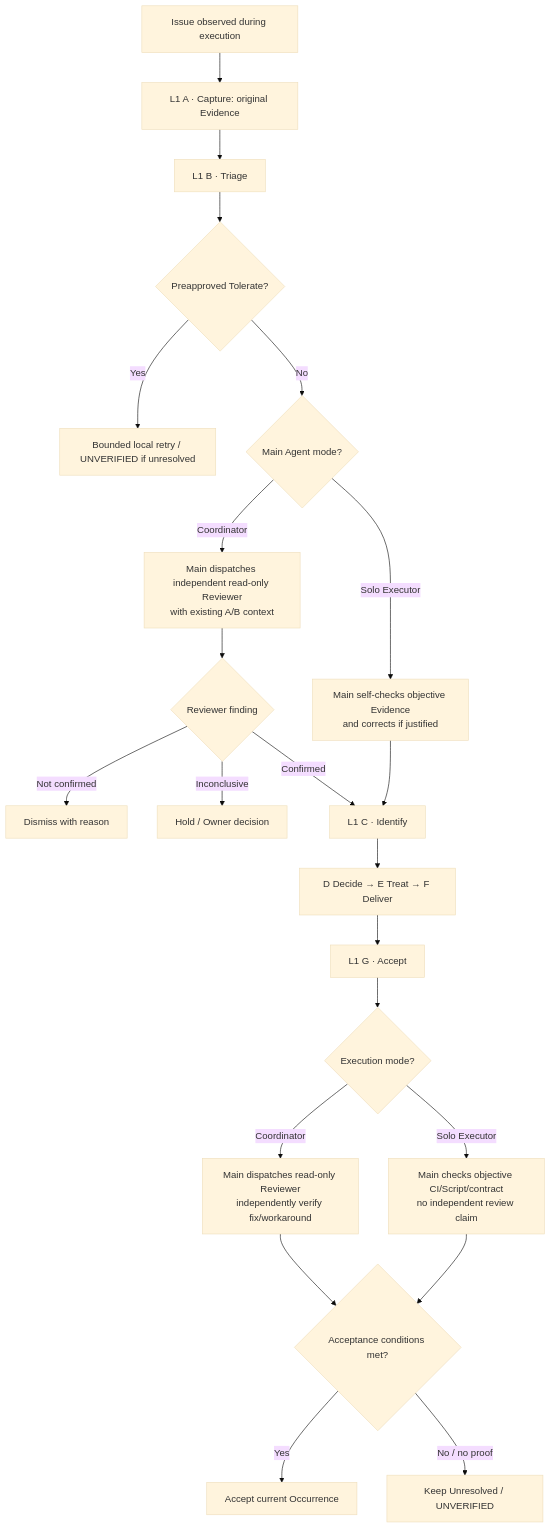
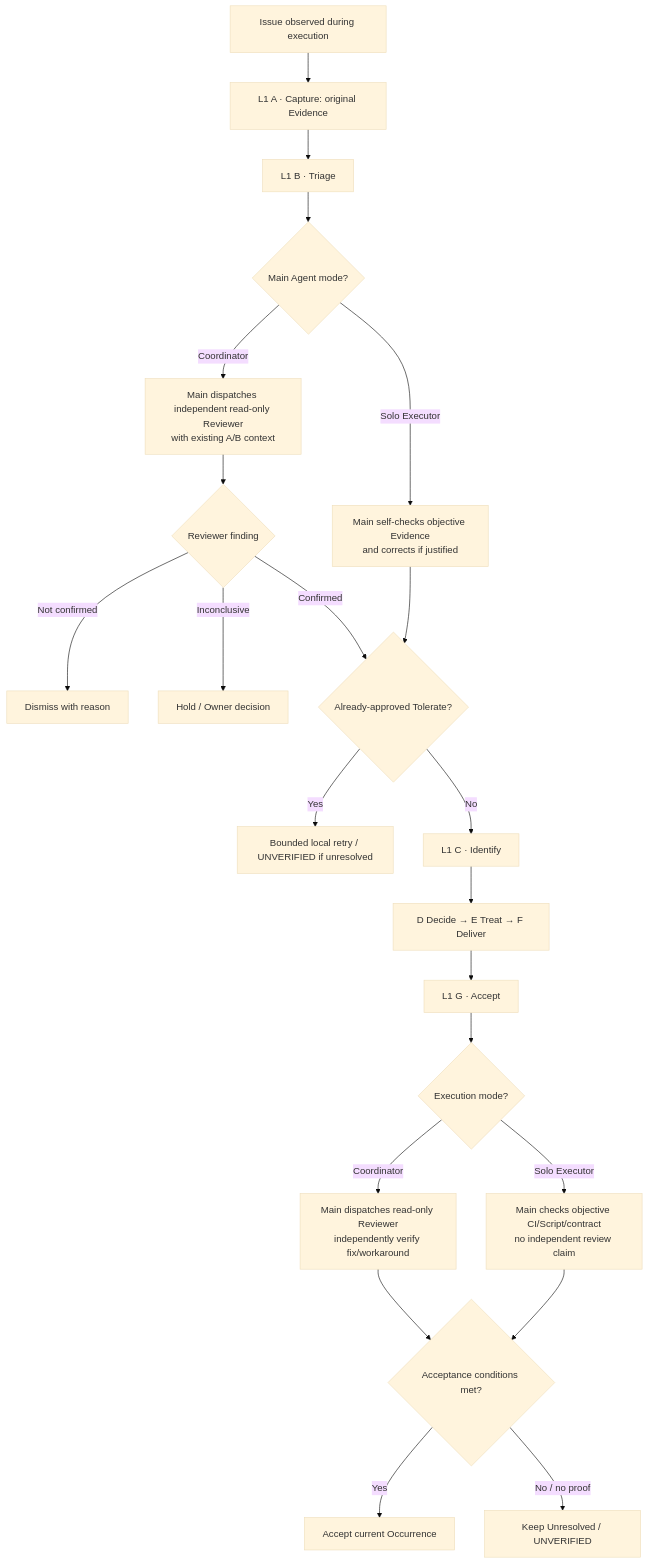
Before and after one commit to dyphn1/Harness-everything: the first of 4 diagrams in docs/discussions/error-handling/README.md, drawn with Mermaid (base theme). The commit also changed other lines of this file, not shown here.

Commit message:
docs(error-handling): require reviewer first in coordinator mode, retain approved Tolerate path (#437)

````diff
--- a/docs/discussions/error-handling/README.md
+++ b/docs/discussions/error-handling/README.md
@@ -58,24 +58,24 @@
 ```mermaid
 flowchart TD
   OBS["Issue observed during execution"] --> A["L1 A · Capture: original Evidence"]
   A --> B["L1 B · Triage"]
-  B --> APPROVED{"Preapproved Tolerate?"}
-  APPROVED -->|Yes| FAST["Bounded local retry / UNVERIFIED if unresolved"]
-  APPROVED -->|No| MODE{"Main Agent mode?"}
+  B --> MODE{"Main Agent mode?"}
   MODE -->|Coordinator| REVIEW["Main dispatches independent read-only Reviewer<br/>with existing A/B context"]
   MODE -->|Solo Executor| SELF["Main self-checks objective Evidence<br/>and corrects if justified"]
   REVIEW --> FIND{"Reviewer finding"}
   FIND -->|Not confirmed| DIS["Dismiss with reason"]
   FIND -->|Inconclusive| HOLD["Hold / Owner decision"]
-  FIND -->|Confirmed| C["L1 C · Identify"]
-  SELF --> C
+  FIND -->|Confirmed| T{"Already-approved Tolerate?"}
+  SELF --> T
+  T -->|Yes| FAST["Bounded local retry / UNVERIFIED if unresolved"]
+  T -->|No| C["L1 C · Identify"]
   C --> D["D Decide → E Treat → F Deliver"]
   D --> G["L1 G · Accept"]
   G --> AMODE{"Execution mode?"}
   AMODE -->|Coordinator| AR["Main dispatches read-only Reviewer<br/>independently verify fix/workaround"]
   AMODE -->|Solo Executor| AS["Main checks objective CI/Script/contract<br/>no independent review claim"]
   AR --> OUT{"Acceptance conditions met?"}
   AS --> OUT
   OUT -->|Yes| OK["Accept current Occurrence"]
   OUT -->|No / no proof| UNR["Keep Unresolved / UNVERIFIED"]
 ```
````
